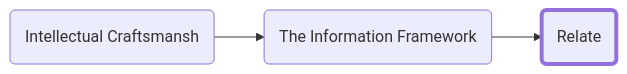
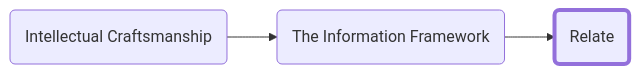
Before and after one commit to forrestpitz/forrestpitz.github.io: the diagram in _posts/2023-01-05-relate.md, drawn with Mermaid. The commit also changed 21 other files, not shown here.

````diff
--- a/_posts/2023-01-05-relate.md
+++ b/_posts/2023-01-05-relate.md
@@ -11,9 +11,9 @@
 ```mermaid
 graph LR;
-  A(Intellectual Craftsmansh)-->B(The Information Framework)-->C(Relate)
+  A(Intellectual Craftsmanship)-->B(The Information Framework)-->C(Relate)
 
   style C stroke-width:4px
 
   click A "{% post_url 2023-01-05-intro %}"
   click B "{% post_url 2023-01-05-info-framework %}"
 ```
````
